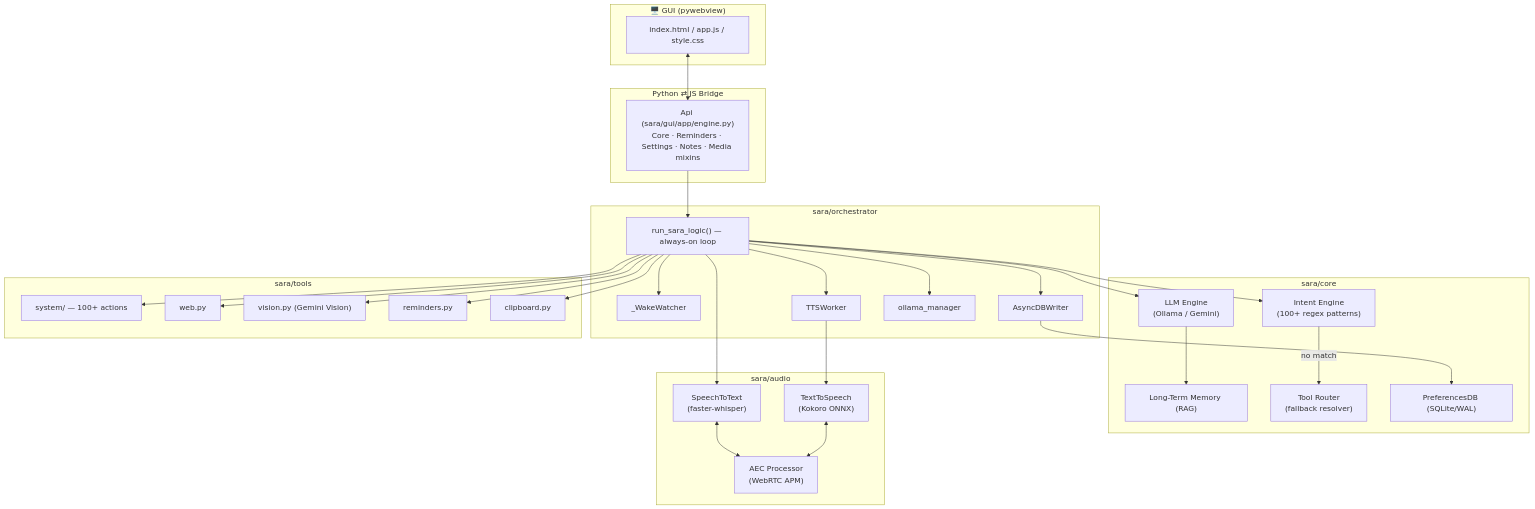
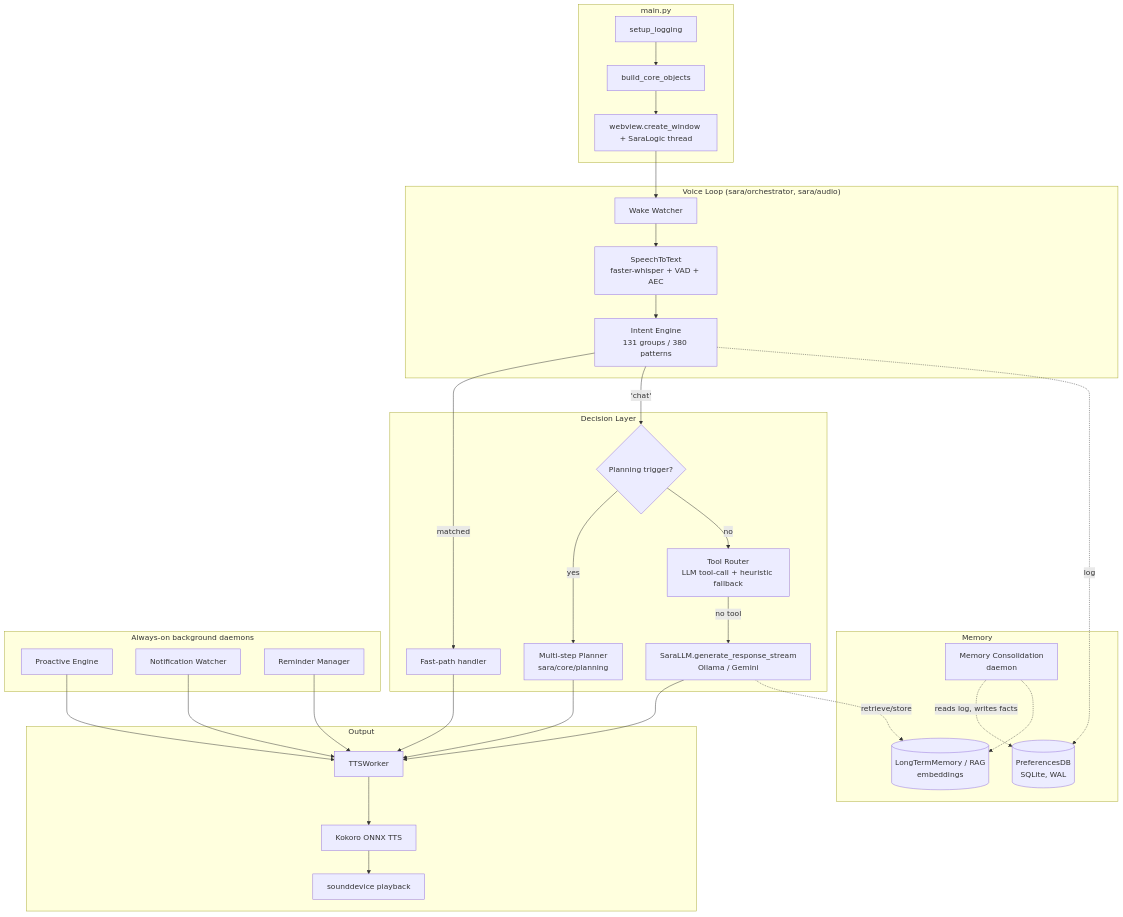
The first of 3 diagrams in README.md (manvendrasingh0712/SARA-AI-Automation-Powered-Personal-Desktop-Assistant-voice-command-), drawn with Mermaid before and after one commit. The commit also changed other lines of this file and 3 other files, not shown here.

````diff
--- a/README.md
+++ b/README.md
@@ -98,55 +107,49 @@
 ```mermaid
-flowchart TB
-    subgraph Frontend["🖥️ GUI (pywebview)"]
-        HTML["index.html / app.js / style.css"]
+flowchart TD
+    subgraph Entry["main.py"]
+        A[setup_logging] --> B[build_core_objects]
+        B --> C[webview.create_window + SaraLogic thread]
     end
 
-    subgraph Bridge["Python ⇄ JS Bridge"]
-        API["Api (sara/gui/app/engine.py)<br/>Core · Reminders · Settings · Notes · Media mixins"]
+    subgraph Voice["Voice Loop (sara/orchestrator, sara/audio)"]
+        D[Wake Watcher] --> E[SpeechToText<br/>faster-whisper + VAD + AEC]
+        E --> F[Intent Engine<br/>131 groups / 380 patterns]
     end
 
-    subgraph Orchestrator["sara/orchestrator"]
-        WAKE["_WakeWatcher"]
-        LOGIC["run_sara_logic() — always-on loop"]
-        TTSW["TTSWorker"]
-        DBW["AsyncDBWriter"]
-        OLLAMAMGR["ollama_manager"]
+    subgraph Brain["Decision Layer"]
+        F -- matched --> G[Fast-path handler]
+        F -- 'chat' --> H{Planning trigger?}
+        H -- yes --> I[Multi-step Planner<br/>sara/core/planning]
+        H -- no --> J[Tool Router<br/>LLM tool-call + heuristic fallback]
+        J -- no tool --> K[SaraLLM.generate_response_stream<br/>Ollama / Gemini]
     end
 
-    subgraph Core["sara/core"]
-        LLM["LLM Engine<br/>(Ollama / Gemini)"]
-        INTENT["Intent Engine<br/>(100+ regex patterns)"]
-        RAG["Long-Term Memory (RAG)"]
-        TOOLROUTER["Tool Router<br/>(fallback resolver)"]
-        MEM["PreferencesDB (SQLite/WAL)"]
+    subgraph Memory["Memory"]
+        L[(PreferencesDB<br/>SQLite, WAL)]
+        M[(LongTermMemory / RAG<br/>embeddings)]
+        N[Memory Consolidation<br/>daemon]
     end
 
-    subgraph Audio["sara/audio"]
-        STT["SpeechToText<br/>(faster-whisper)"]
-        TTS["TextToSpeech<br/>(Kokoro ONNX)"]
-        AEC["AEC Processor<br/>(WebRTC APM)"]
+    subgraph Output["Output"]
+        O[TTSWorker] --> P[Kokoro ONNX TTS]
+        P --> Q[sounddevice playback]
     end
 
-    subgraph Tools["sara/tools"]
-        SYS["system/ — 100+ actions"]
-        WEB["web.py"]
-        VISION["vision.py (Gemini Vision)"]
-        REM["reminders.py"]
-        CLIP["clipboard.py"]
+    C --> D
+    G --> O
+    I --> O
+    K --> O
+    F -.log.-> L
+    K -.retrieve/store.-> M
+    N -.reads log, writes facts.-> L
+    N -.-> M
+
+    subgraph Background["Always-on background daemons"]
+        R[Proactive Engine]
+        S[Notification Watcher]
+        T[Reminder Manager]
     end
-
-    HTML <--> API
-    API --> LOGIC
-    LOGIC --> WAKE
-    LOGIC --> INTENT
-    INTENT -->|no match| TOOLROUTER
-    LOGIC --> LLM
-    LLM --> RAG
-    LOGIC --> TTSW --> TTS
-    LOGIC --> STT
-    STT <--> AEC
-    TTS <--> AEC
-    LOGIC --> SYS & WEB & VISION & REM & CLIP
-    LOGIC --> DBW --> MEM
-    LOGIC --> OLLAMAMGR
+    R --> O
+    S --> O
+    T --> O
 ```
````
